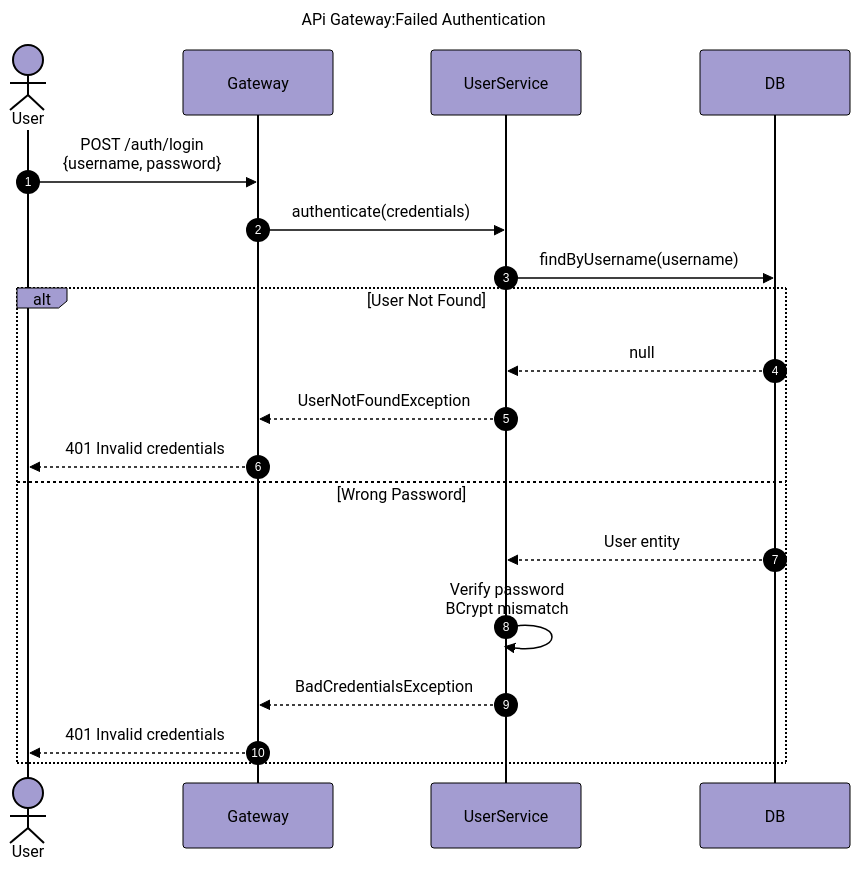
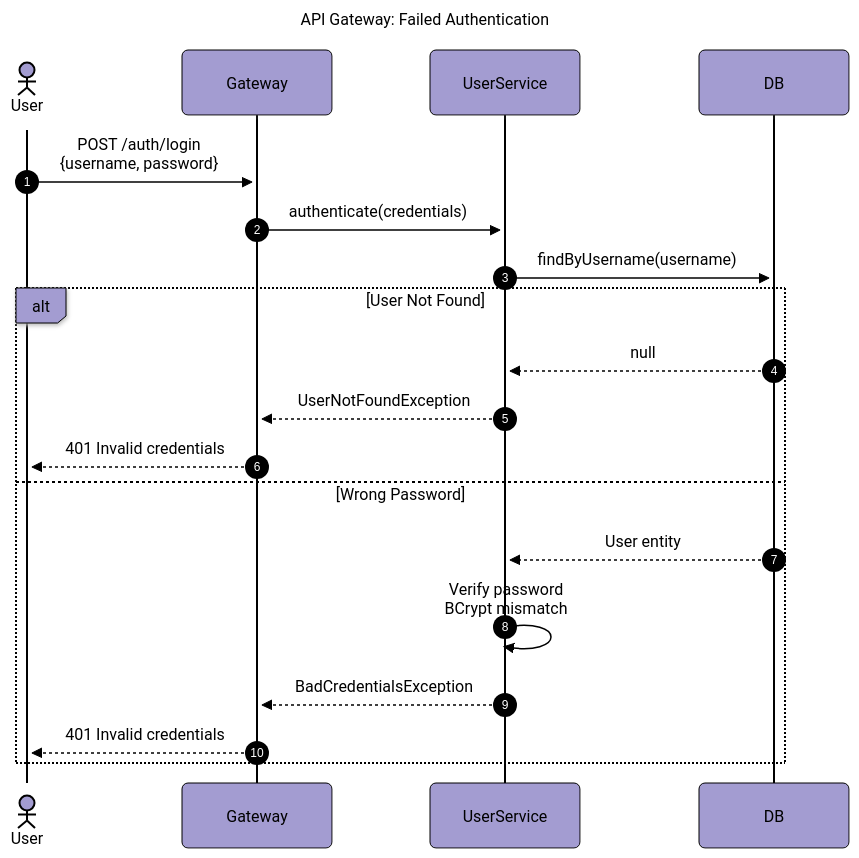
One commit to BrunoGil-AS/Vending-Machine-Microservices changed the sixth of 7 diagrams in Documentation/diagrams/api-gateway.md. Above: the diagram before and after it, drawn with Mermaid. The commit also changed other lines of this file and 7 other files, not shown here.

Commit message:
docs: Update service diagrams with new configurations and titles

````diff
--- a/Documentation/diagrams/api-gateway.md
+++ b/Documentation/diagrams/api-gateway.md
@@ -374,38 +380,38 @@
 ```mermaid
 ---
-title: "APi Gateway:Failed Authentication"
-displayMode: compact
 config:
-  theme: 'base'
+  theme: base
   themeVariables:
     primaryColor: '#a39cd1ff'
     primaryTextColor: '#000000'
     secondaryTextColor: '#ffffffff'
     primaryBorderColor: '#000000'
     lineColor: '#000000ff'
     secondaryColor: '#90b590ff'
-    tertiaryColor: '#fff'
+    tertiaryColor: '#f9f6a1ff'
+  look: neo
+title: 'API Gateway: Failed Authentication'
 ---
 sequenceDiagram
     autoNumber
     actor User
     participant Gateway
     participant UserService
     participant DB
 
     User->>Gateway: POST /auth/login<br/>{username, password}
     Gateway->>UserService: authenticate(credentials)
 
     UserService->>DB: findByUsername(username)
 
     alt User Not Found
         DB-->>UserService: null
         UserService-->>Gateway: UserNotFoundException
         Gateway-->>User: 401 Invalid credentials
     else Wrong Password
         DB-->>UserService: User entity
         UserService->>UserService: Verify password<br/>BCrypt mismatch
         UserService-->>Gateway: BadCredentialsException
         Gateway-->>User: 401 Invalid credentials
     end
 ```
````
